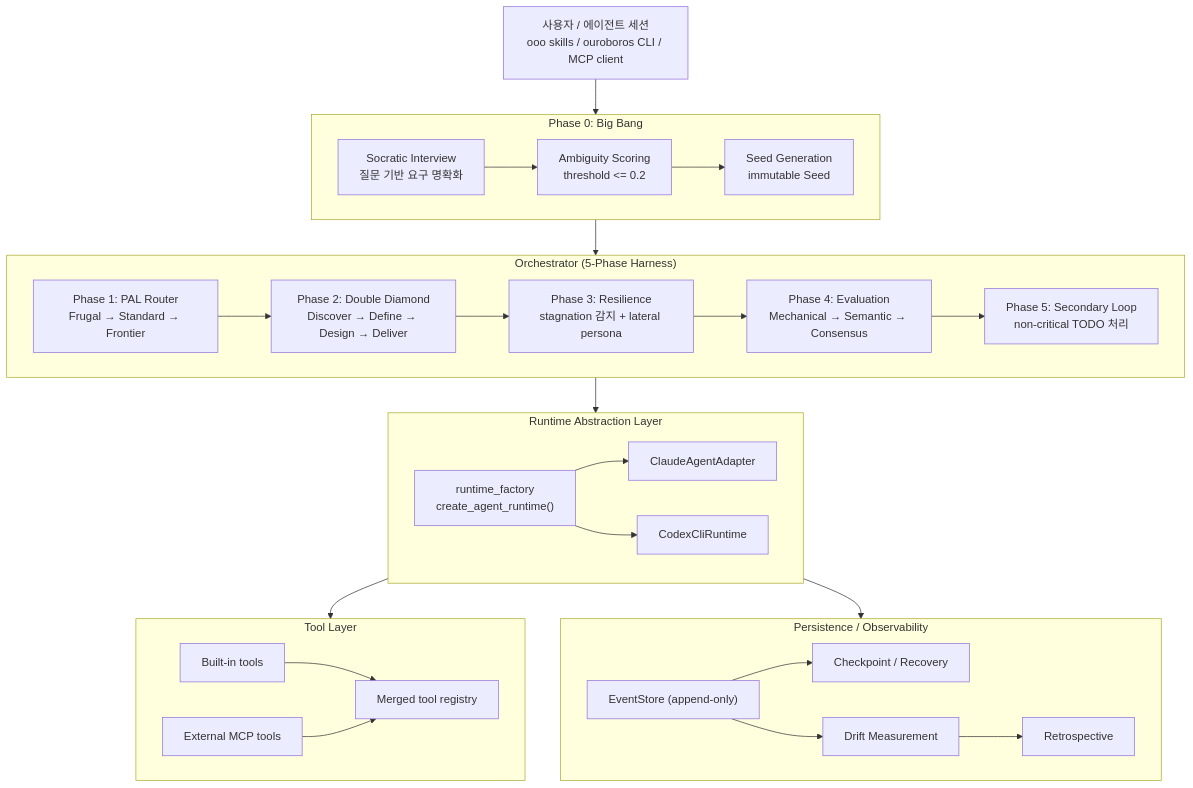
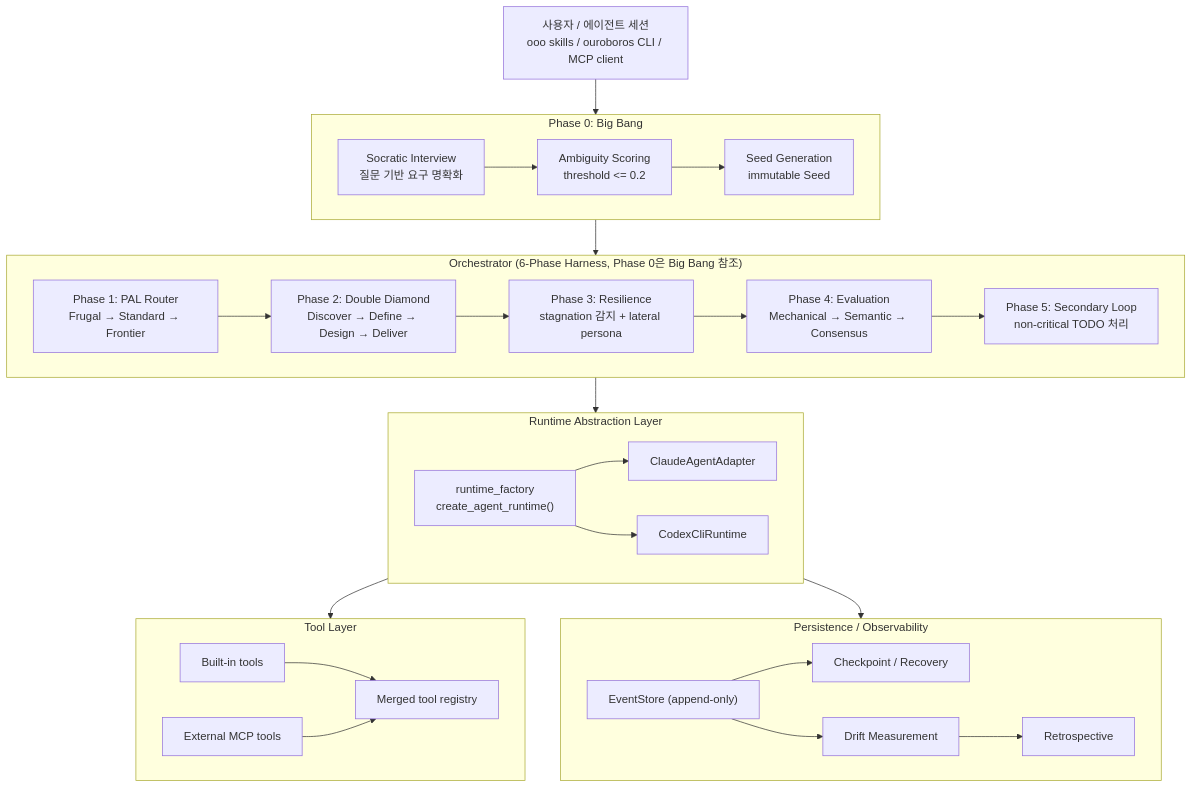
One commit to kimchanhyung98/agentic-workflows changed the first of 5 diagrams in ouroboros/00-diagram.md. Above: the diagram before and after it, drawn with Mermaid. The commit also changed 2 other files, not shown here.

Commit message:
fix(ouroboros): address remaining AI review feedback
- Restore "6-Phase Harness" label (official ouroboros docs confirm 6 phases,
  Phase 0-5); add Phase 0 Big Bang cross-reference note
- Add language specifiers (text) to bare fenced code blocks in
  02-research.md and 03-code-analysis.md (MD040)
- Fix "github" → "GitHub" capitalization (02-research.md:187)

````diff
--- a/ouroboros/00-diagram.md
+++ b/ouroboros/00-diagram.md
@@ -5,54 +5,54 @@
 ```mermaid
 flowchart TD
     U["사용자 / 에이전트 세션<br/>ooo skills / ouroboros CLI / MCP client"] --> BB
 
     subgraph BB["Phase 0: Big Bang"]
         BB1["Socratic Interview<br/>질문 기반 요구 명확화"]
         BB2["Ambiguity Scoring<br/>threshold <= 0.2"]
         BB3["Seed Generation<br/>immutable Seed"]
         BB1 --> BB2 --> BB3
     end
 
     BB --> ORCH
 
-    subgraph ORCH["Orchestrator (5-Phase Harness)"]
+    subgraph ORCH["Orchestrator (6-Phase Harness, Phase 0은 Big Bang 참조)"]
         P1["Phase 1: PAL Router<br/>Frugal → Standard → Frontier"]
         P2["Phase 2: Double Diamond<br/>Discover → Define → Design → Deliver"]
         P3["Phase 3: Resilience<br/>stagnation 감지 + lateral persona"]
         P4["Phase 4: Evaluation<br/>Mechanical → Semantic → Consensus"]
         P5["Phase 5: Secondary Loop<br/>non-critical TODO 처리"]
         P1 --> P2 --> P3 --> P4 --> P5
     end
 
     ORCH --> RT
 
     subgraph RT["Runtime Abstraction Layer"]
         RTF["runtime_factory<br/>create_agent_runtime()"]
         CLA["ClaudeAgentAdapter"]
         COD["CodexCliRuntime"]
         RTF --> CLA
         RTF --> COD
     end
 
     RT --> TOOLS
 
     subgraph TOOLS["Tool Layer"]
         T1["Built-in tools"]
         T2["External MCP tools"]
         T3["Merged tool registry"]
         T1 --> T3
         T2 --> T3
     end
 
     RT --> STATE
 
     subgraph STATE["Persistence / Observability"]
         S1["EventStore (append-only)"]
         S2["Checkpoint / Recovery"]
         S3["Drift Measurement"]
         S4["Retrospective"]
         S1 --> S2
         S1 --> S3
         S3 --> S4
     end
 ```
````
